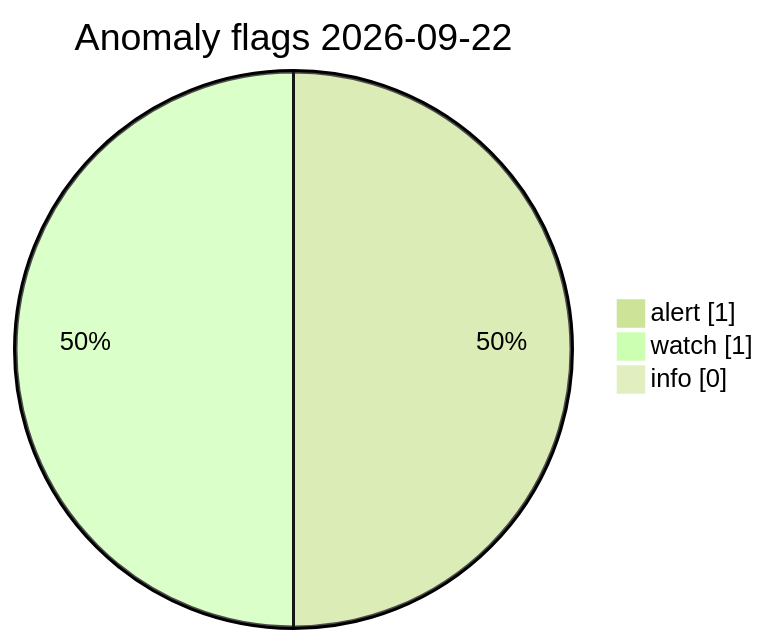
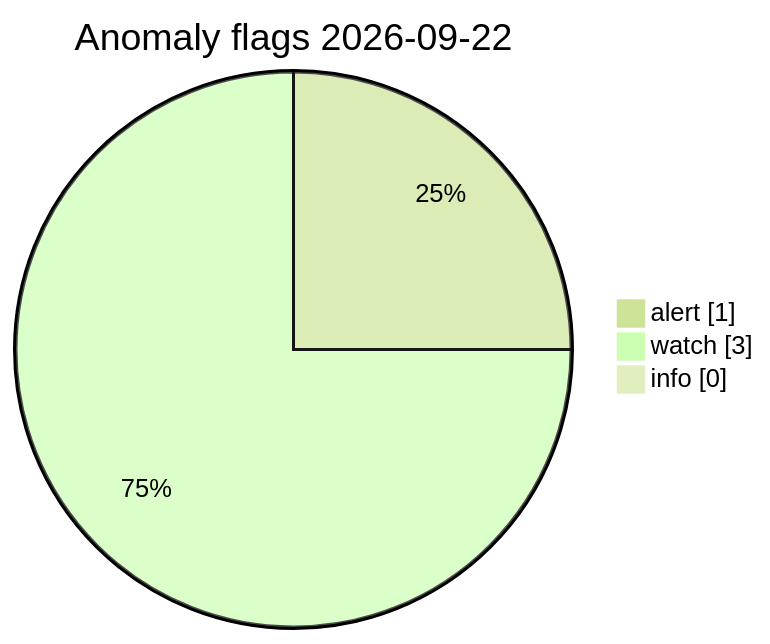
The diagram in visuals/latest/CHARTS.md (Midwest-Stratospheric/Unified-Open-Global-Weather), drawn with Mermaid (forest theme) before and after one commit. The commit also changed other lines of this file and 13 other files, not shown here.

Commit message:
data(visuals): automated charts 2026-09-22T14:07Z

````diff
--- a/visuals/latest/CHARTS.md
+++ b/visuals/latest/CHARTS.md
@@ -73,7 +73,7 @@
 ```mermaid
 pie showData
   title Anomaly flags 2026-09-22
   "alert" : 1
-  "watch" : 1
+  "watch" : 3
   "info" : 0
 ```
````
